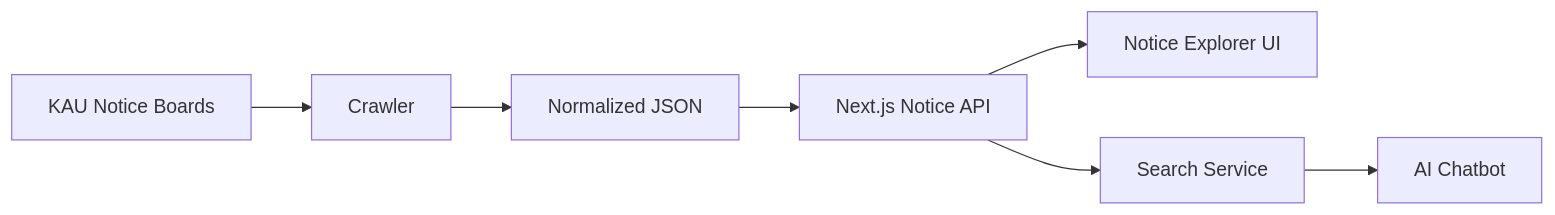
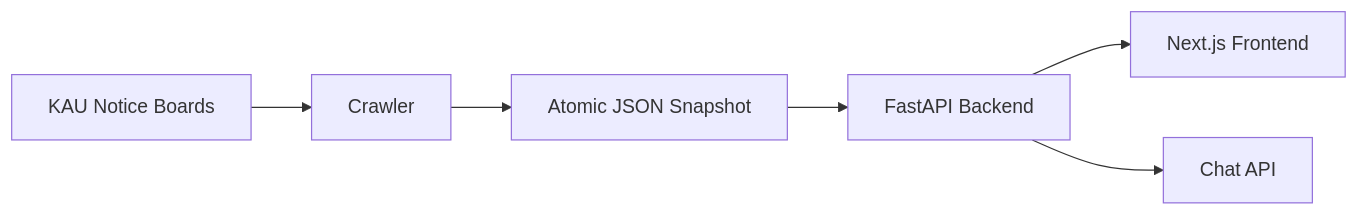
Before and after one commit to KAU-HUB-Official/.github: the diagram in profile/README.md, drawn with Mermaid. The commit also changed other lines of this file, not shown here.

````diff
--- a/profile/README.md
+++ b/profile/README.md
@@ -37,9 +20,8 @@
 ```mermaid
 flowchart LR
     A[KAU Notice Boards] --> B[Crawler]
-    B --> C[Normalized JSON]
-    C --> D[Next.js Notice API]
-    D --> E[Notice Explorer UI]
-    D --> F[Search Service]
-    F --> G[AI Chatbot]
+    B --> C[Atomic JSON Snapshot]
+    C --> D[FastAPI Backend]
+    D --> E[Next.js Frontend]
+    D --> F[Chat API]
 ```
````
